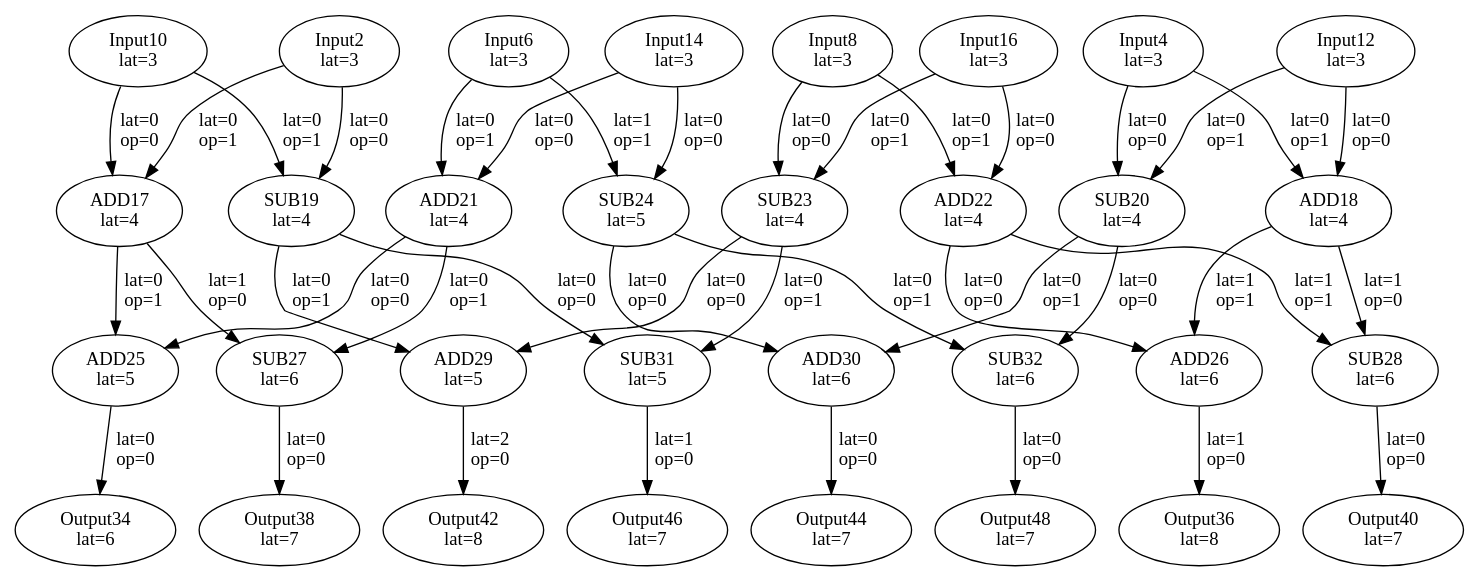
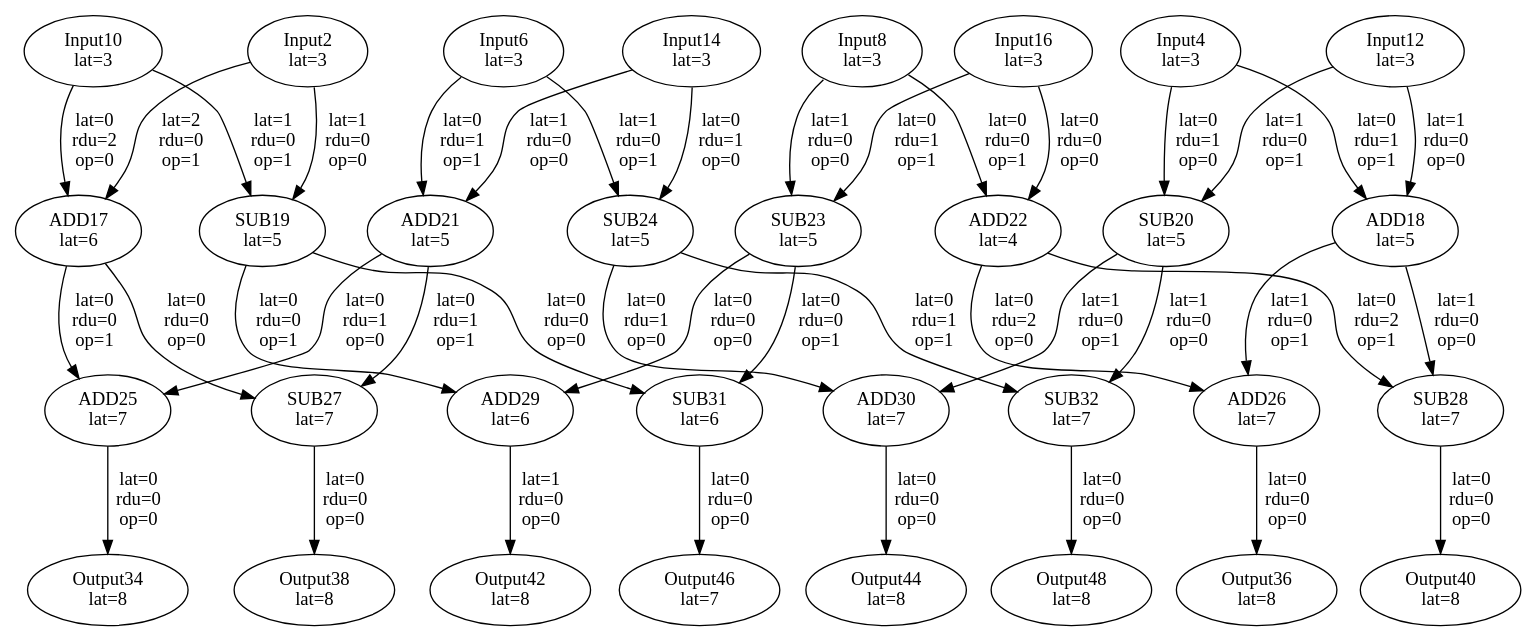
The diagram in benchmarks/test4/fft/mapped_dfg.dot (yhqiu16/FDRA), drawn with Graphviz before and after one commit. The commit also changed 253 other files, not shown here.

```diff
--- a/benchmarks/test4/fft/mapped_dfg.dot
+++ b/benchmarks/test4/fft/mapped_dfg.dot
@@ -1,74 +1,74 @@
 Digraph G {
 "Input2"[label = "\N\nlat=3"];
 "Input4"[label = "\N\nlat=3"];
 "Input6"[label = "\N\nlat=3"];
 "Input8"[label = "\N\nlat=3"];
 "Input10"[label = "\N\nlat=3"];
 "Input12"[label = "\N\nlat=3"];
 "Input14"[label = "\N\nlat=3"];
 "Input16"[label = "\N\nlat=3"];
-"ADD17"[label = "\N\nlat=4"];
-"Input10"->"ADD17"[label = "lat=0\nop=0"];
-"Input2"->"ADD17"[label = "lat=0\nop=1"];
-"ADD18"[label = "\N\nlat=4"];
-"Input12"->"ADD18"[label = "lat=0\nop=0"];
-"Input4"->"ADD18"[label = "lat=0\nop=1"];
-"SUB19"[label = "\N\nlat=4"];
-"Input2"->"SUB19"[label = "lat=0\nop=0"];
-"Input10"->"SUB19"[label = "lat=0\nop=1"];
-"SUB20"[label = "\N\nlat=4"];
-"Input4"->"SUB20"[label = "lat=0\nop=0"];
-"Input12"->"SUB20"[label = "lat=0\nop=1"];
-"ADD21"[label = "\N\nlat=4"];
-"Input14"->"ADD21"[label = "lat=0\nop=0"];
-"Input6"->"ADD21"[label = "lat=0\nop=1"];
+"ADD17"[label = "\N\nlat=6"];
+"Input10"->"ADD17"[label = "lat=0\nrdu=2\nop=0"];
+"Input2"->"ADD17"[label = "lat=2\nrdu=0\nop=1"];
+"ADD18"[label = "\N\nlat=5"];
+"Input12"->"ADD18"[label = "lat=1\nrdu=0\nop=0"];
+"Input4"->"ADD18"[label = "lat=0\nrdu=1\nop=1"];
+"SUB19"[label = "\N\nlat=5"];
+"Input2"->"SUB19"[label = "lat=1\nrdu=0\nop=0"];
+"Input10"->"SUB19"[label = "lat=1\nrdu=0\nop=1"];
+"SUB20"[label = "\N\nlat=5"];
+"Input4"->"SUB20"[label = "lat=0\nrdu=1\nop=0"];
+"Input12"->"SUB20"[label = "lat=1\nrdu=0\nop=1"];
+"ADD21"[label = "\N\nlat=5"];
+"Input14"->"ADD21"[label = "lat=1\nrdu=0\nop=0"];
+"Input6"->"ADD21"[label = "lat=0\nrdu=1\nop=1"];
 "ADD22"[label = "\N\nlat=4"];
-"Input16"->"ADD22"[label = "lat=0\nop=0"];
-"Input8"->"ADD22"[label = "lat=0\nop=1"];
-"SUB23"[label = "\N\nlat=4"];
-"Input8"->"SUB23"[label = "lat=0\nop=0"];
-"Input16"->"SUB23"[label = "lat=0\nop=1"];
+"Input16"->"ADD22"[label = "lat=0\nrdu=0\nop=0"];
+"Input8"->"ADD22"[label = "lat=0\nrdu=0\nop=1"];
+"SUB23"[label = "\N\nlat=5"];
+"Input8"->"SUB23"[label = "lat=1\nrdu=0\nop=0"];
+"Input16"->"SUB23"[label = "lat=0\nrdu=1\nop=1"];
 "SUB24"[label = "\N\nlat=5"];
-"Input14"->"SUB24"[label = "lat=0\nop=0"];
-"Input6"->"SUB24"[label = "lat=1\nop=1"];
-"ADD25"[label = "\N\nlat=5"];
-"ADD21"->"ADD25"[label = "lat=0\nop=0"];
-"ADD17"->"ADD25"[label = "lat=0\nop=1"];
-"ADD26"[label = "\N\nlat=6"];
-"ADD22"->"ADD26"[label = "lat=0\nop=0"];
-"ADD18"->"ADD26"[label = "lat=1\nop=1"];
-"SUB27"[label = "\N\nlat=6"];
-"ADD17"->"SUB27"[label = "lat=1\nop=0"];
-"ADD21"->"SUB27"[label = "lat=0\nop=1"];
-"SUB28"[label = "\N\nlat=6"];
-"ADD18"->"SUB28"[label = "lat=1\nop=0"];
-"ADD22"->"SUB28"[label = "lat=1\nop=1"];
-"ADD29"[label = "\N\nlat=5"];
-"SUB23"->"ADD29"[label = "lat=0\nop=0"];
-"SUB19"->"ADD29"[label = "lat=0\nop=1"];
-"ADD30"[label = "\N\nlat=6"];
-"SUB24"->"ADD30"[label = "lat=0\nop=0"];
-"SUB20"->"ADD30"[label = "lat=0\nop=1"];
-"SUB31"[label = "\N\nlat=5"];
-"SUB19"->"SUB31"[label = "lat=0\nop=0"];
-"SUB23"->"SUB31"[label = "lat=0\nop=1"];
-"SUB32"[label = "\N\nlat=6"];
-"SUB20"->"SUB32"[label = "lat=0\nop=0"];
-"SUB24"->"SUB32"[label = "lat=0\nop=1"];
-"Output34"[label = "\N\nlat=6"];
-"ADD25"->"Output34"[label = "lat=0\nop=0"];
+"Input14"->"SUB24"[label = "lat=0\nrdu=1\nop=0"];
+"Input6"->"SUB24"[label = "lat=1\nrdu=0\nop=1"];
+"ADD25"[label = "\N\nlat=7"];
+"ADD21"->"ADD25"[label = "lat=0\nrdu=1\nop=0"];
+"ADD17"->"ADD25"[label = "lat=0\nrdu=0\nop=1"];
+"ADD26"[label = "\N\nlat=7"];
+"ADD22"->"ADD26"[label = "lat=0\nrdu=2\nop=0"];
+"ADD18"->"ADD26"[label = "lat=1\nrdu=0\nop=1"];
+"SUB27"[label = "\N\nlat=7"];
+"ADD17"->"SUB27"[label = "lat=0\nrdu=0\nop=0"];
+"ADD21"->"SUB27"[label = "lat=0\nrdu=1\nop=1"];
+"SUB28"[label = "\N\nlat=7"];
+"ADD18"->"SUB28"[label = "lat=1\nrdu=0\nop=0"];
+"ADD22"->"SUB28"[label = "lat=0\nrdu=2\nop=1"];
+"ADD29"[label = "\N\nlat=6"];
+"SUB23"->"ADD29"[label = "lat=0\nrdu=0\nop=0"];
+"SUB19"->"ADD29"[label = "lat=0\nrdu=0\nop=1"];
+"ADD30"[label = "\N\nlat=7"];
+"SUB24"->"ADD30"[label = "lat=0\nrdu=1\nop=0"];
+"SUB20"->"ADD30"[label = "lat=1\nrdu=0\nop=1"];
+"SUB31"[label = "\N\nlat=6"];
+"SUB19"->"SUB31"[label = "lat=0\nrdu=0\nop=0"];
+"SUB23"->"SUB31"[label = "lat=0\nrdu=0\nop=1"];
+"SUB32"[label = "\N\nlat=7"];
+"SUB20"->"SUB32"[label = "lat=1\nrdu=0\nop=0"];
+"SUB24"->"SUB32"[label = "lat=0\nrdu=1\nop=1"];
+"Output34"[label = "\N\nlat=8"];
+"ADD25"->"Output34"[label = "lat=0\nrdu=0\nop=0"];
 "Output36"[label = "\N\nlat=8"];
-"ADD26"->"Output36"[label = "lat=1\nop=0"];
-"Output38"[label = "\N\nlat=7"];
-"SUB27"->"Output38"[label = "lat=0\nop=0"];
-"Output40"[label = "\N\nlat=7"];
-"SUB28"->"Output40"[label = "lat=0\nop=0"];
+"ADD26"->"Output36"[label = "lat=0\nrdu=0\nop=0"];
+"Output38"[label = "\N\nlat=8"];
+"SUB27"->"Output38"[label = "lat=0\nrdu=0\nop=0"];
+"Output40"[label = "\N\nlat=8"];
+"SUB28"->"Output40"[label = "lat=0\nrdu=0\nop=0"];
 "Output42"[label = "\N\nlat=8"];
-"ADD29"->"Output42"[label = "lat=2\nop=0"];
-"Output44"[label = "\N\nlat=7"];
-"ADD30"->"Output44"[label = "lat=0\nop=0"];
+"ADD29"->"Output42"[label = "lat=1\nrdu=0\nop=0"];
+"Output44"[label = "\N\nlat=8"];
+"ADD30"->"Output44"[label = "lat=0\nrdu=0\nop=0"];
 "Output46"[label = "\N\nlat=7"];
-"SUB31"->"Output46"[label = "lat=1\nop=0"];
-"Output48"[label = "\N\nlat=7"];
-"SUB32"->"Output48"[label = "lat=0\nop=0"];
+"SUB31"->"Output46"[label = "lat=0\nrdu=0\nop=0"];
+"Output48"[label = "\N\nlat=8"];
+"SUB32"->"Output48"[label = "lat=0\nrdu=0\nop=0"];
 }
```
